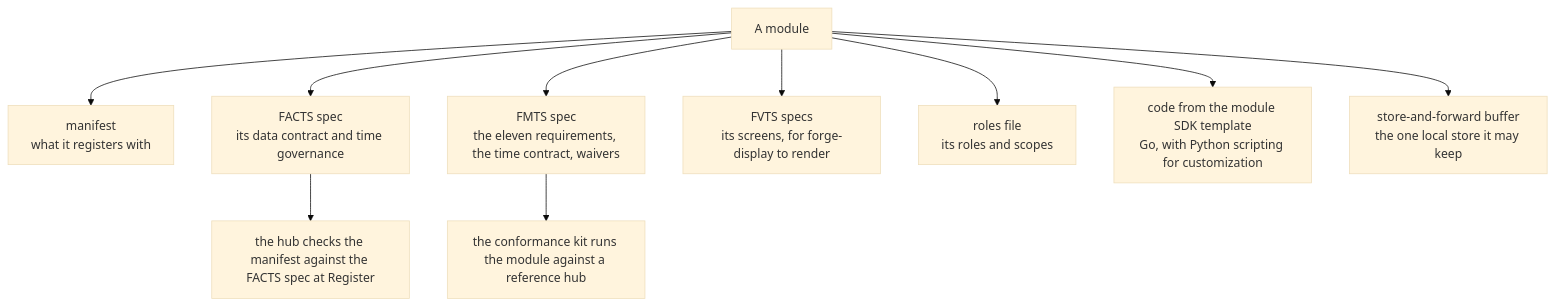
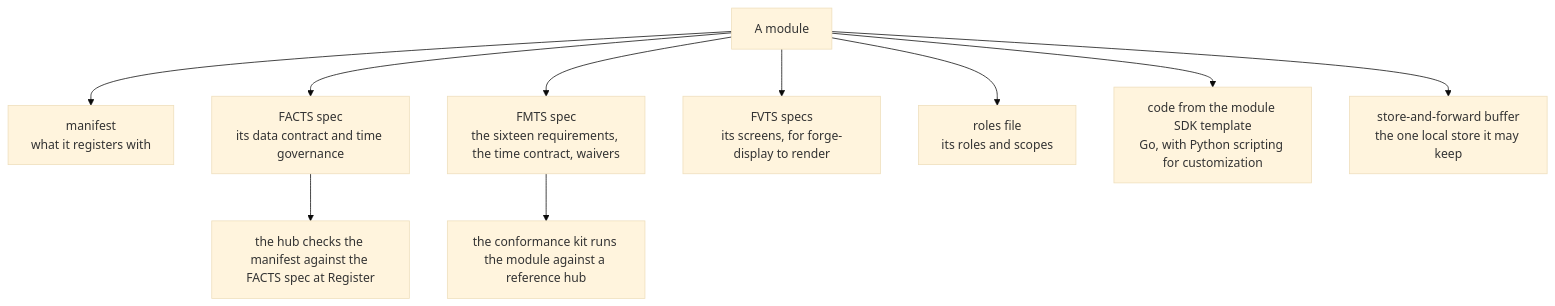
One commit to reh3376/forge changed diagram 13 of 26 in docs/tutorial.md. Above: the diagram before and after it, drawn with Mermaid (base theme). The commit also changed other lines of this file and 26 other files, not shown here.

First line of the commit message:
feat: the module requirements carry the transport contract, M-12 to M-16 (FB-165)

````diff
--- a/docs/tutorial.md
+++ b/docs/tutorial.md
@@ -1233,12 +1240,12 @@
 ```mermaid
 flowchart TD
   M["A module"] --> MAN["manifest<br/>what it registers with"]
   M --> FA["FACTS spec<br/>its data contract and time governance"]
-  M --> FM["FMTS spec<br/>the eleven requirements, the time contract, waivers"]
+  M --> FM["FMTS spec<br/>the sixteen requirements, the time contract, waivers"]
   M --> FV["FVTS specs<br/>its screens, for forge-display to render"]
   M --> RO["roles file<br/>its roles and scopes"]
   M --> CODE["code from the module SDK template<br/>Go, with Python scripting for customization"]
   M --> BUF["store-and-forward buffer<br/>the one local store it may keep"]
   FA --> H["the hub checks the manifest against the FACTS spec at Register"]
   FM --> K["the conformance kit runs the module against a reference hub"]
 ```
````
